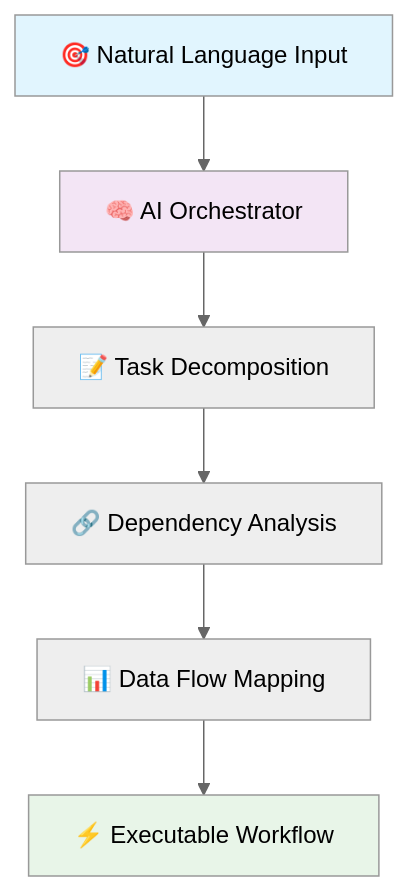
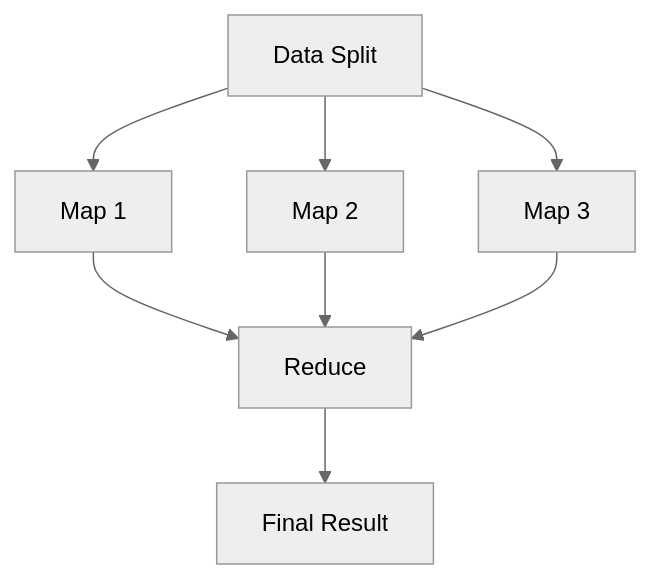
One commit to b08x/SFLPromptArchitect changed the third of 3 diagrams in README.md. Above: the diagram before and after it, drawn with Mermaid (neutral theme). The commit also changed other lines of this file and 6 other files, not shown here.

````diff
--- a/README.md
+++ b/README.md
@@ -299,12 +353,10 @@
 ```mermaid
-graph TD
-    A[🎯 Natural Language Input] --> B[🧠 AI Orchestrator]
-    B --> C[📝 Task Decomposition]
-    C --> D[🔗 Dependency Analysis]
-    D --> E[📊 Data Flow Mapping]
-    E --> F[⚡ Executable Workflow]
-    
-    style A fill:#e1f5fe
-    style B fill:#f3e5f5
-    style F fill:#e8f5e8
+graph TB
+    A[Data Split] --> B[Map 1]
+    A --> C[Map 2]
+    A --> D[Map 3]
+    B --> E[Reduce]
+    C --> E
+    D --> E
+    E --> F[Final Result]
 ```
````
